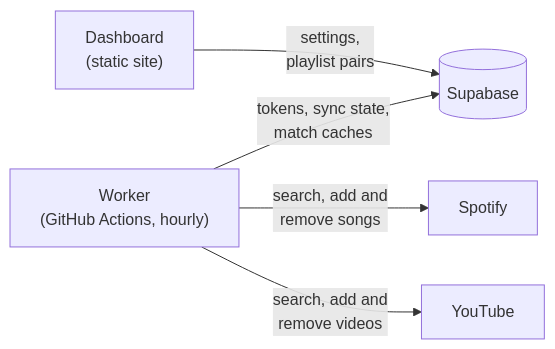
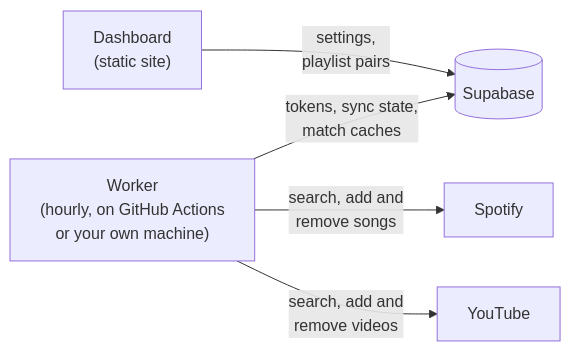
One commit to snktibor/cronchords changed the diagram in README.md. Above: the diagram before and after it, drawn with Mermaid. The commit also changed other lines of this file and 1 other file, not shown here.

Commit message:
docs: explain running the worker on your own machine

````diff
--- a/README.md
+++ b/README.md
@@ -13,7 +15,7 @@
 ```mermaid
 flowchart LR
     dashboard["Dashboard<br>(static site)"] -- "settings,<br>playlist pairs" --> db[("Supabase")]
-    worker["Worker<br>(GitHub Actions, hourly)"] -- "tokens, sync state,<br>match caches" --> db
+    worker["Worker<br>(hourly, on GitHub Actions<br>or your own machine)"] -- "tokens, sync state,<br>match caches" --> db
     worker -- "search, add and<br>remove songs" --> spotify["Spotify"]
     worker -- "search, add and<br>remove videos" --> youtube["YouTube"]
 ```
````
